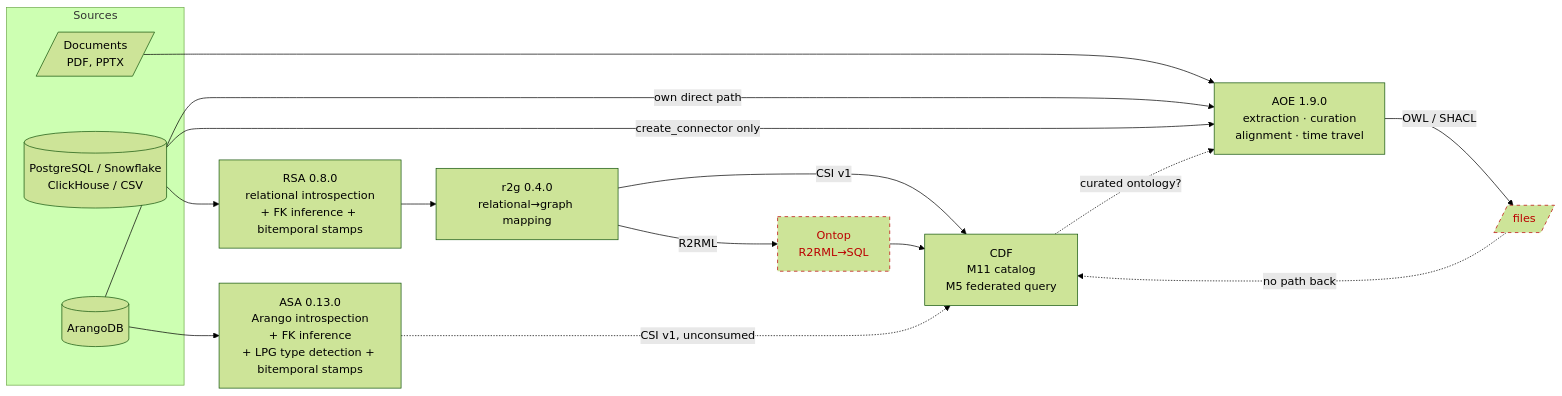
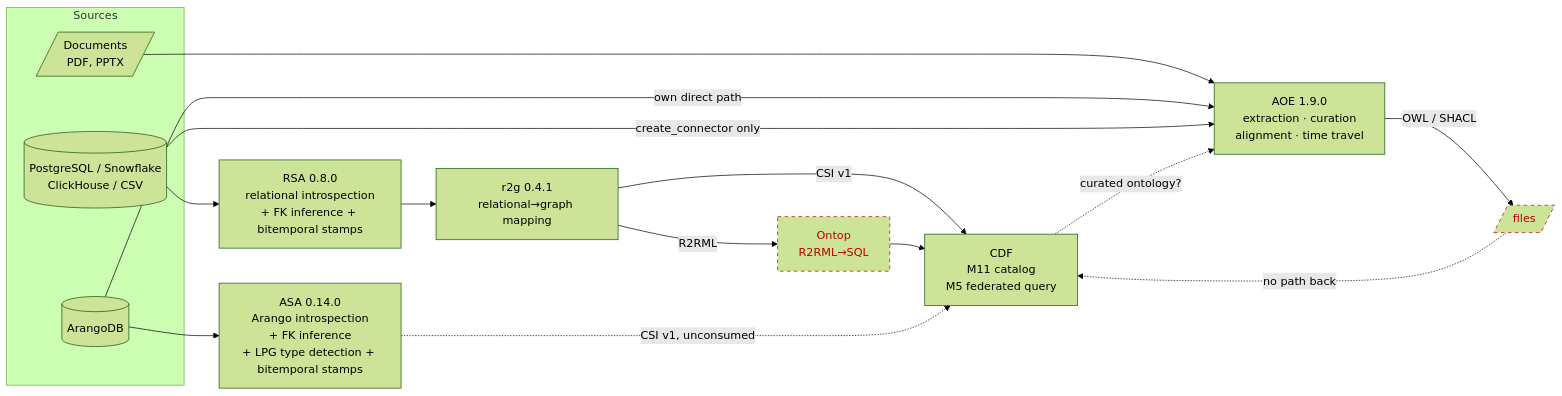
One commit to arango-solutions/contextual-data-fabric changed the first of 6 diagrams in docs/research/unified-ontology-mapping-architecture.md. Above: the diagram before and after it, drawn with Mermaid (forest theme). The commit also changed other lines of this file, not shown here.

First line of the commit message:
docs(research): correct §3.1 — CDF never installed cypher-py; the 2026-09-06 downgrade was sparql-py's own ceiling; bands now <0.14.0, ASA 0.14.0 re-opens step 0

````diff
--- a/docs/research/unified-ontology-mapping-architecture.md
+++ b/docs/research/unified-ontology-mapping-architecture.md
@@ -136,33 +153,33 @@
 ```mermaid
 flowchart LR
   subgraph Sources
     PG[(PostgreSQL / Snowflake<br/>ClickHouse / CSV)]
     ADB[(ArangoDB)]
     DOC[/Documents<br/>PDF, PPTX/]
   end
 
   RSA[RSA 0.8.0<br/>relational introspection<br/>+ FK inference + bitemporal stamps]
-  ASA[ASA 0.13.0<br/>Arango introspection<br/>+ FK inference<br/>+ LPG type detection + bitemporal stamps]
-  R2G[r2g 0.4.0<br/>relational→graph mapping]
+  ASA[ASA 0.14.0<br/>Arango introspection<br/>+ FK inference<br/>+ LPG type detection + bitemporal stamps]
+  R2G[r2g 0.4.1<br/>relational→graph mapping]
   AOE[AOE 1.9.0<br/>extraction · curation<br/>alignment · time travel]
   CDF[CDF<br/>M11 catalog<br/>M5 federated query]
   ONTOP[Ontop<br/>R2RML→SQL]
 
   PG --> RSA --> R2G
   ADB --> ASA
   DOC --> AOE
   ADB -->|own direct path| AOE
   PG -->|create_connector only| AOE
 
   R2G -->|CSI v1| CDF
   R2G -->|R2RML| ONTOP --> CDF
   ASA -.->|CSI v1, unconsumed| CDF
 
   AOE -->|OWL / SHACL| OUT[/files/]
   OUT -.->|no path back| CDF
 
   CDF -.->|curated ontology?| AOE
 
   classDef gap stroke-dasharray: 5 5,stroke:#b00,color:#b00
   class OUT,ONTOP gap
 ```
````
